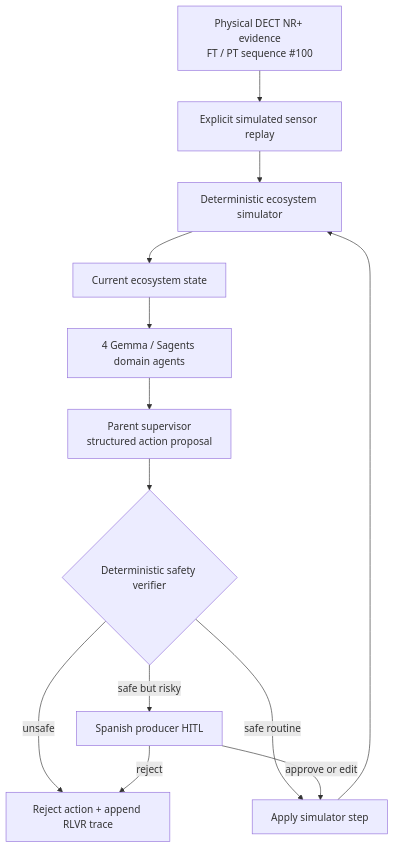
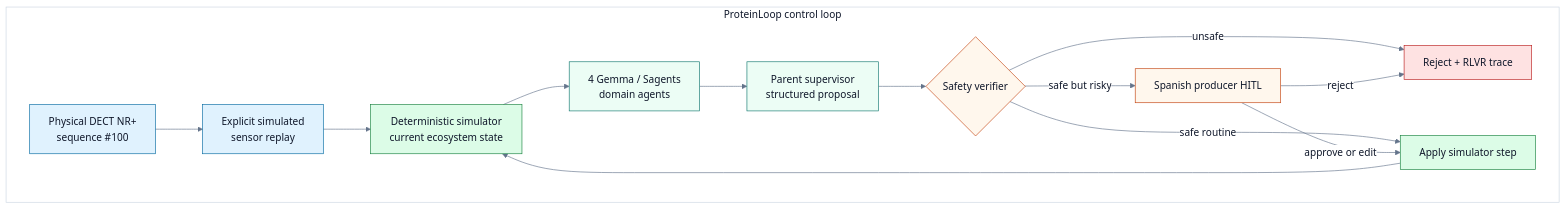
The first of 2 diagrams in README.md (Anarpego/ProteinLoop), drawn with Mermaid before and after one commit. The commit also changed other lines of this file and 8 other files, not shown here.

````diff
--- a/README.md
+++ b/README.md
@@ -28,15 +28,29 @@
 ```mermaid
-flowchart TD
-    Radio["Physical DECT NR+ evidence<br/>FT / PT sequence #100"] --> Replay["Explicit simulated sensor replay"]
-    Replay --> Simulator["Deterministic ecosystem simulator"]
-    Simulator --> Snapshot["Current ecosystem state"]
-    Snapshot --> Agents["4 Gemma / Sagents domain agents"]
-    Agents --> Supervisor["Parent supervisor<br/>structured action proposal"]
-    Supervisor --> Verifier{"Deterministic safety verifier"}
-    Verifier -- "unsafe" --> Reject["Reject action + append RLVR trace"]
-    Verifier -- "safe routine" --> Apply["Apply simulator step"]
-    Verifier -- "safe but risky" --> HITL["Spanish producer HITL"]
-    HITL -- "approve or edit" --> Apply
-    HITL -- "reject" --> Reject
-    Apply --> Simulator
+%%{init: {"theme":"base","themeVariables":{"darkMode":false,"background":"#ffffff","primaryColor":"#ecfdf5","primaryTextColor":"#0f172a","primaryBorderColor":"#0f766e","lineColor":"#64748b","secondaryColor":"#e0f2fe","tertiaryColor":"#f8fafc","clusterBkg":"#f8fafc","clusterBorder":"#cbd5e1","edgeLabelBackground":"#ffffff"}}}%%
+flowchart LR
+    subgraph Canvas["ProteinLoop control loop"]
+        direction LR
+        Radio["Physical DECT NR+<br/>sequence #100"] --> Replay["Explicit simulated<br/>sensor replay"]
+        Replay --> Simulator["Deterministic simulator<br/>current ecosystem state"]
+        Simulator --> Agents["4 Gemma / Sagents<br/>domain agents"]
+        Agents --> Supervisor["Parent supervisor<br/>structured proposal"]
+        Supervisor --> Verifier{"Safety verifier"}
+        Verifier -- "unsafe" --> Reject["Reject + RLVR trace"]
+        Verifier -- "safe routine" --> Apply["Apply simulator step"]
+        Verifier -- "safe but risky" --> HITL["Spanish producer HITL"]
+        HITL -- "approve or edit" --> Apply
+        HITL -- "reject" --> Reject
+        Apply --> Simulator
+    end
+    classDef physical fill:#e0f2fe,stroke:#0369a1,color:#0f172a
+    classDef agent fill:#ecfdf5,stroke:#0f766e,color:#0f172a
+    classDef decision fill:#fff7ed,stroke:#c2410c,color:#0f172a
+    classDef action fill:#dcfce7,stroke:#15803d,color:#0f172a
+    classDef rejected fill:#fee2e2,stroke:#b91c1c,color:#0f172a
+    class Radio,Replay physical
+    class Agents,Supervisor agent
+    class Verifier,HITL decision
+    class Simulator,Apply action
+    class Reject rejected
+    style Canvas fill:#ffffff,stroke:#cbd5e1,stroke-width:1px,color:#0f172a
 ```
````
